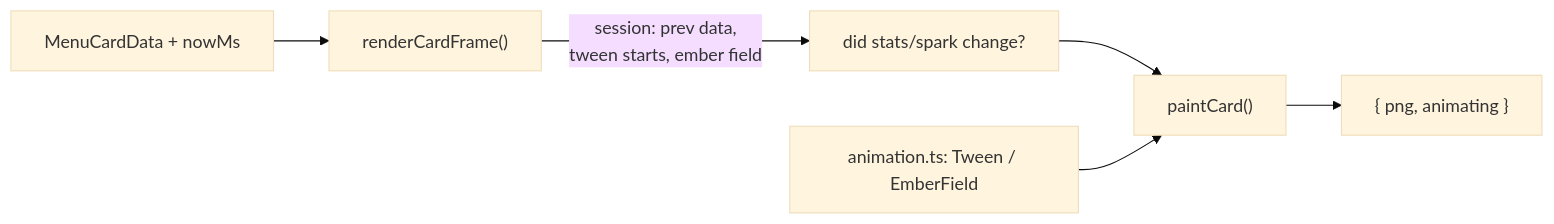
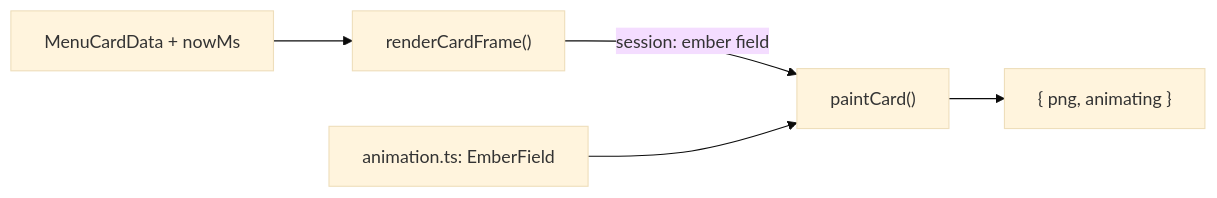
Before and after one commit to tangentlin/burnbar: the diagram in docs/modules/menu-card.md, drawn with Mermaid (base theme). The commit also changed other lines of this file and 13 other files, not shown here.

````diff
--- a/docs/modules/menu-card.md
+++ b/docs/modules/menu-card.md
@@ -52,8 +52,7 @@
 ```mermaid
 flowchart LR
     data["MenuCardData + nowMs"] --> render["renderCardFrame()"]
-    render -->|"session: prev data,\ntween starts, ember field"| decide["did stats/spark change?"]
-    decide --> paint["paintCard()"]
-    tweens["animation.ts: Tween / EmberField"] --> paint
+    render -->|"session: ember field"| paint["paintCard()"]
+    embers["animation.ts: EmberField"] --> paint
     paint --> frame["{ png, animating }"]
 ```
````
